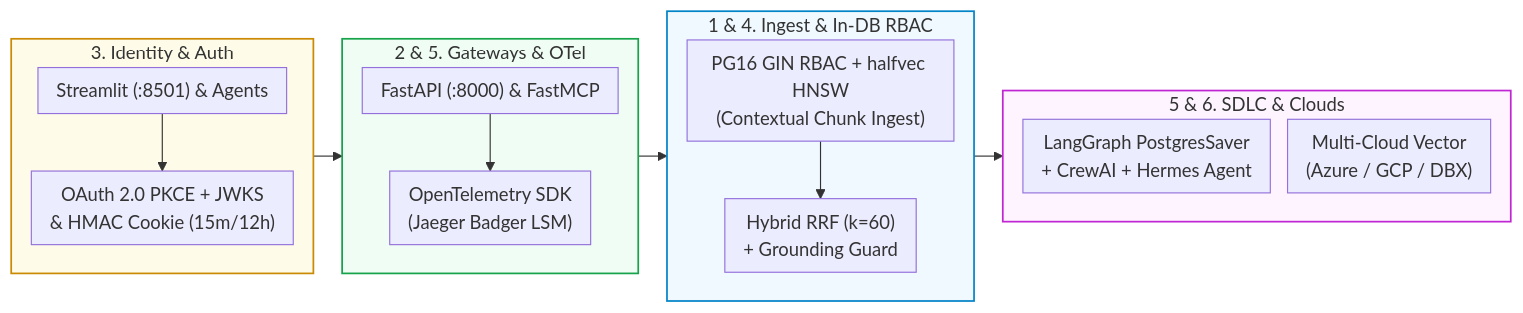
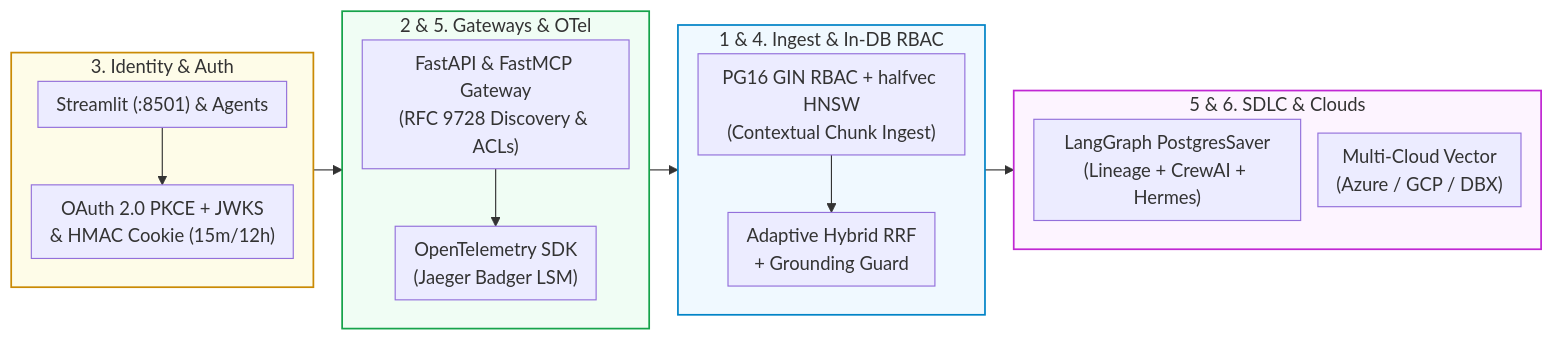
Before and after one commit to Kenono2000/enterprise-rag-pgvector-rbac: the first of 7 diagrams in README.md, drawn with Mermaid. The commit also changed other lines of this file and 7 other files, not shown here.

Commit message:
feat: add agent CLI, workflow orchestration, database manager, and MCP gateway with tests

````diff
--- a/README.md
+++ b/README.md
@@ -11,26 +11,26 @@
 ```mermaid
 %%{init: {'flowchart': {'nodeSpacing': 15, 'rankSpacing': 25, 'padding': 8}}}%%
 flowchart LR
     subgraph Identity ["3. Identity & Auth"]
         direction TB
         UI["Streamlit (:8501) & Agents"] --> PKCE["OAuth 2.0 PKCE + JWKS<br/>& HMAC Cookie (15m/12h)"]
     end
     subgraph Gateways ["2 & 5. Gateways & OTel"]
         direction TB
-        API["FastAPI (:8000) & FastMCP"] --> OTel["OpenTelemetry SDK<br/>(Jaeger Badger LSM)"]
+        API["FastAPI & FastMCP Gateway<br/>(RFC 9728 Discovery & ACLs)"] --> OTel["OpenTelemetry SDK<br/>(Jaeger Badger LSM)"]
     end
     subgraph RAGCore ["1 & 4. Ingest & In-DB RBAC"]
         direction TB
-        PG["PG16 GIN RBAC + halfvec HNSW<br/>(Contextual Chunk Ingest)"] --> RRF["Hybrid RRF (k=60)<br/>+ Grounding Guard"]
+        PG["PG16 GIN RBAC + halfvec HNSW<br/>(Contextual Chunk Ingest)"] --> RRF["Adaptive Hybrid RRF<br/>+ Grounding Guard"]
     end
     subgraph CloudAndSDLC ["5 & 6. SDLC & Clouds"]
         direction TB
-        SDLC["LangGraph PostgresSaver<br/>+ CrewAI + Hermes Agent"]
+        SDLC["LangGraph PostgresSaver<br/>(Lineage + CrewAI + Hermes)"]
         Clouds["Multi-Cloud Vector<br/>(Azure / GCP / DBX)"]
     end
     Identity --> Gateways --> RAGCore --> CloudAndSDLC
     style Identity fill:#fefce8,stroke:#ca8a04,stroke-width:1.5px
     style Gateways fill:#f0fdf4,stroke:#16a34a,stroke-width:1.5px
     style RAGCore fill:#f0f9ff,stroke:#0284c7,stroke-width:1.5px
     style CloudAndSDLC fill:#fdf4ff,stroke:#c026d3,stroke-width:1.5px
 ```
````
